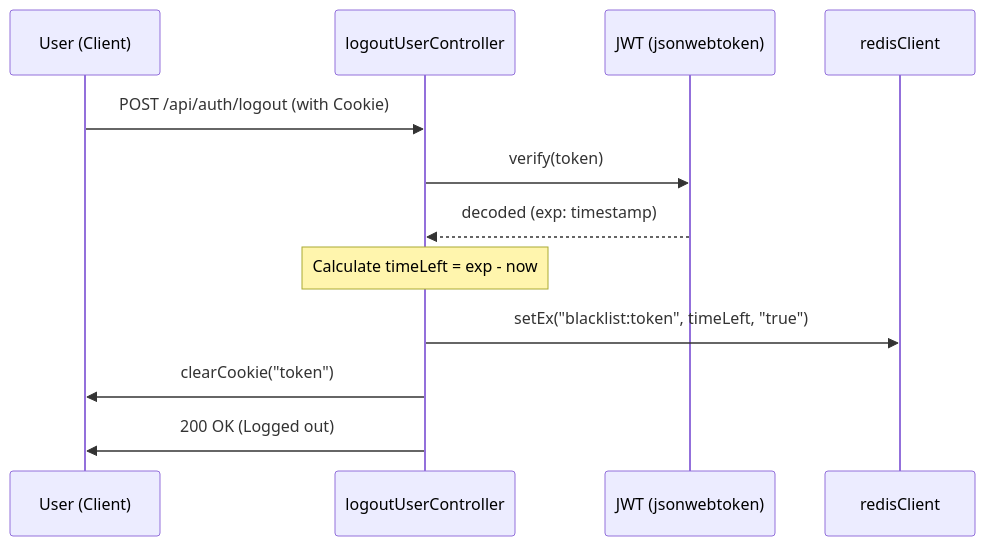
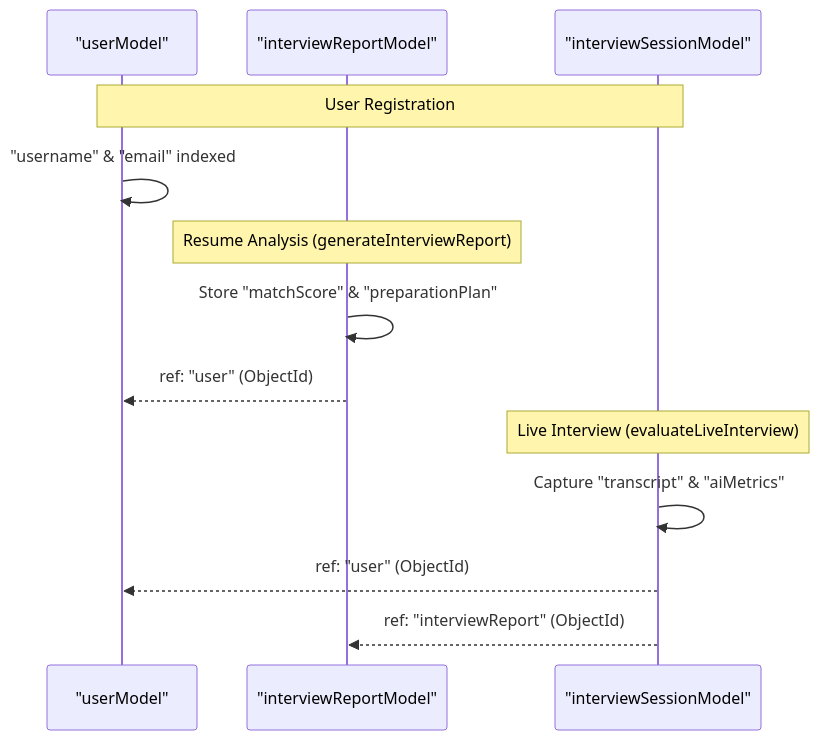
One commit to harshitzofficial/-HirePrep-AI changed the ninth of 16 diagrams in README.md. Above: the diagram before and after it, drawn with Mermaid. The commit also changed other lines of this file, not shown here.

````diff
--- a/README.md
+++ b/README.md
@@ -567,15 +632,18 @@
 ```mermaid
 sequenceDiagram
-    participant U as User (Client)
-    participant C as logoutUserController
-    participant J as JWT (jsonwebtoken)
-    participant R as redisClient
- 
-    U->>C: POST /api/auth/logout (with Cookie)
-    C->>J: verify(token)
-    J-->>C: decoded (exp: timestamp)
-    Note over C: Calculate timeLeft = exp - now
-    C->>R: setEx("blacklist:token", timeLeft, "true")
-    C->>U: clearCookie("token")
-    C->>U: 200 OK (Logged out)
+    participant U as "userModel"
+    participant R as "interviewReportModel"
+    participant S as "interviewSessionModel"
+
+    Note over U, S: User Registration
+    U->>U: "username" & "email" indexed
+
+    Note over R: Resume Analysis (generateInterviewReport)
+    R->>R: Store "matchScore" & "preparationPlan"
+    R-->>U: ref: "user" (ObjectId)
+
+    Note over S: Live Interview (evaluateLiveInterview)
+    S->>S: Capture "transcript" & "aiMetrics"
+    S-->>U: ref: "user" (ObjectId)
+    S-->>R: ref: "interviewReport" (ObjectId)
 ```
````
